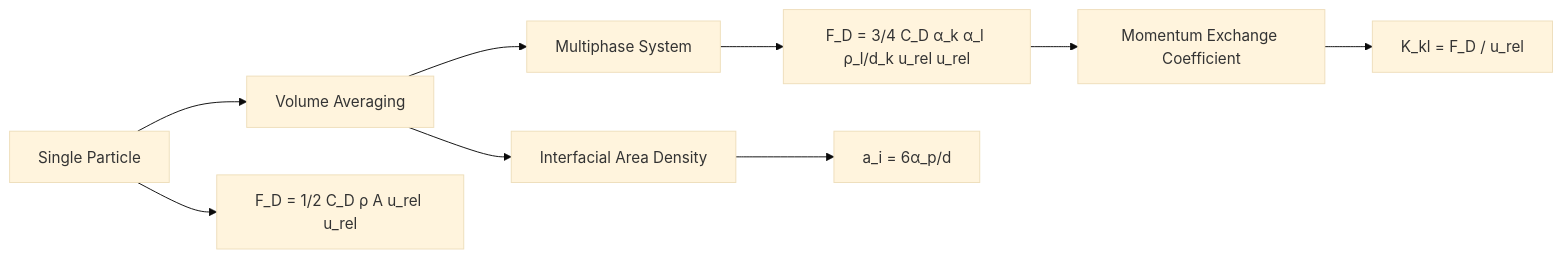
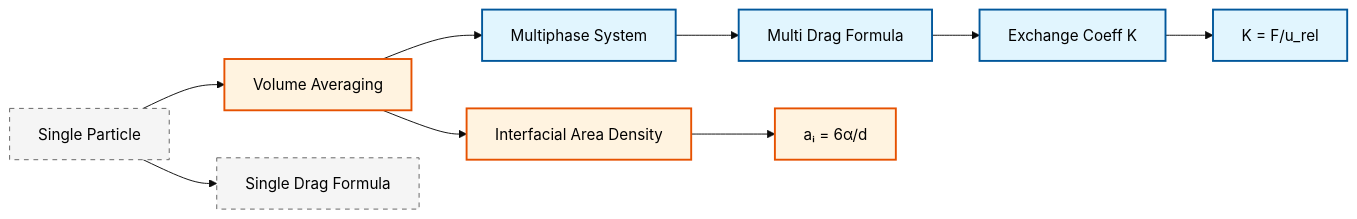
The second of 3 diagrams in MODULE_04_MULTIPHASE_FUNDAMENTALS/CONTENT/04_DRAG_FORCES/01_Fundamental_Drag_Concept.md (wramet/build-my-cfd), drawn with Mermaid (base theme) before and after one commit. The commit also changed other lines of this file and 313 other files, not shown here.

Commit message:
Revise all diagram

````diff
--- a/MODULE_04_MULTIPHASE_FUNDAMENTALS/CONTENT/04_DRAG_FORCES/01_Fundamental_Drag_Concept.md
+++ b/MODULE_04_MULTIPHASE_FUNDAMENTALS/CONTENT/04_DRAG_FORCES/01_Fundamental_Drag_Concept.md
@@ -238,14 +241,17 @@
 ```mermaid
 flowchart LR
-    A[Single Particle] --> B[Volume Averaging]
-    B --> C[Multiphase System]
+classDef implicit fill:#e1f5fe,stroke:#01579b,stroke-width:2px,color:#000
+classDef explicit fill:#fff3e0,stroke:#e65100,stroke-width:2px,color:#000
+classDef context fill:#f5f5f5,stroke:#616161,stroke-width:1px,color:#000,stroke-dasharray: 5 5
+A[Single Particle]:::context --> B[Volume Averaging]:::explicit
+B --> C[Multiphase System]:::implicit
 
-    A --> A1[F_D = 1/2 C_D ρ A u_rel u_rel]
-    C --> C1[F_D = 3/4 C_D α_k α_l ρ_l/d_k u_rel u_rel]
+A --> A1[Single Drag Formula]:::context
+C --> C1[Multi Drag Formula]:::implicit
 
-    B --> B1[Interfacial Area Density]
-    B1 --> B2[a_i = 6α_p/d]
+B --> B1[Interfacial Area Density]:::explicit
+B1 --> B2["aᵢ = 6α/d"]:::explicit
 
-    C1 --> D[Momentum Exchange Coefficient]
-    D --> E[K_kl = F_D / u_rel]
+C1 --> D[Exchange Coeff K]:::implicit
+D --> E["K = F/u_rel"]:::implicit
 ```
````
